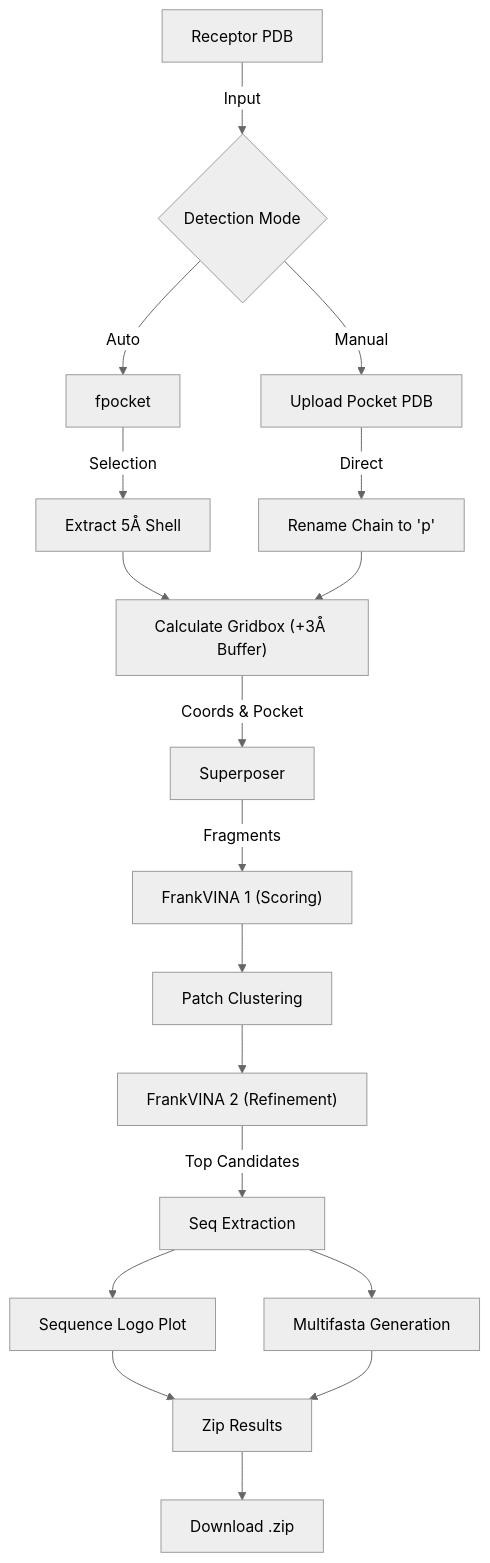
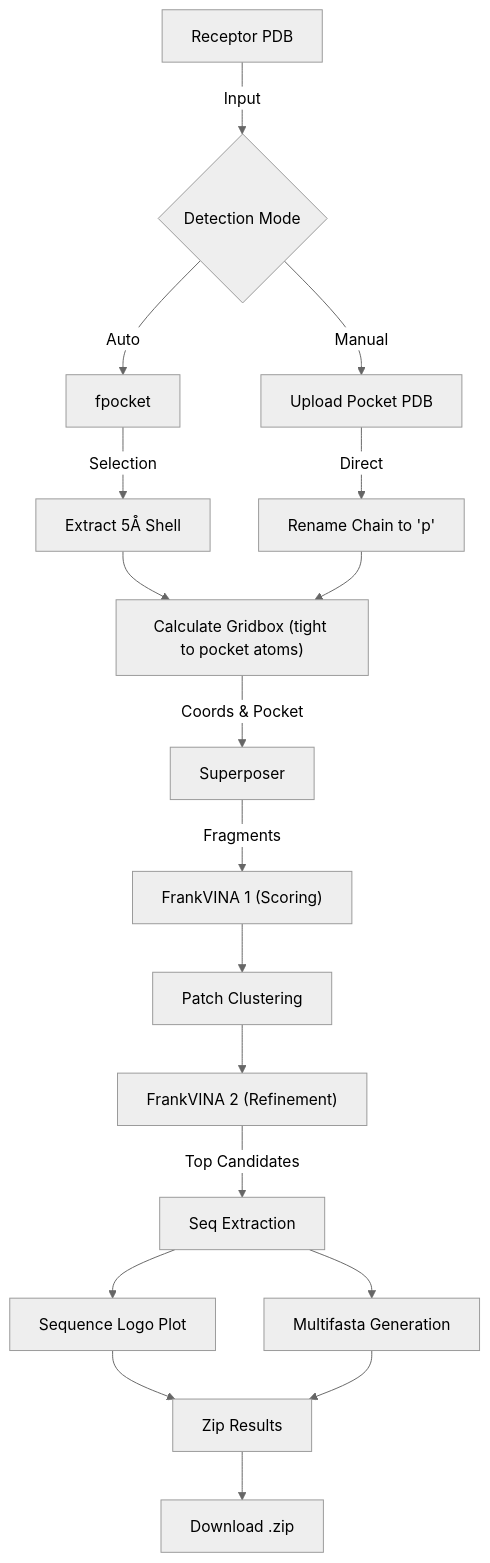
The diagram in README.md (Joacaldog/FrankPEPstein), drawn with Mermaid (neutral theme) before and after one commit. The commit also changed other lines of this file and 2 other files, not shown here.

````diff
--- a/README.md
+++ b/README.md
@@ -9,23 +9,23 @@
 ```mermaid
 graph TD
     Rec["Receptor PDB"] -->|Input| Detect{"Detection Mode"}
     Detect -->|Auto| Fpocket["fpocket"]
     Detect -->|Manual| Upload["Upload Pocket PDB"]
     Fpocket -->|Selection| Extract["Extract 5Å Shell"]
     Upload -->|Direct| Clean["Rename Chain to 'p'"]
-    Extract --> Gridbox["Calculate Gridbox (+3Å Buffer)"]
+    Extract --> Gridbox["Calculate Gridbox (tight to pocket atoms)"]
     Clean --> Gridbox
 
     Gridbox -->|"Coords & Pocket"| Super["Superposer"]
     Super -->|Fragments| Vina1["FrankVINA 1 (Scoring)"]
     Vina1 --> Cluster["Patch Clustering"]
     Cluster --> Vina2["FrankVINA 2 (Refinement)"]
 
     Vina2 -->|"Top Candidates"| Seq["Seq Extraction"]
     Seq --> MSA["Multifasta Generation"]
     Seq --> Logo["Sequence Logo Plot"]
 
     Logo --> Zip["Zip Results"]
     MSA --> Zip
     Zip --> Download["Download .zip"]
 ```
````
